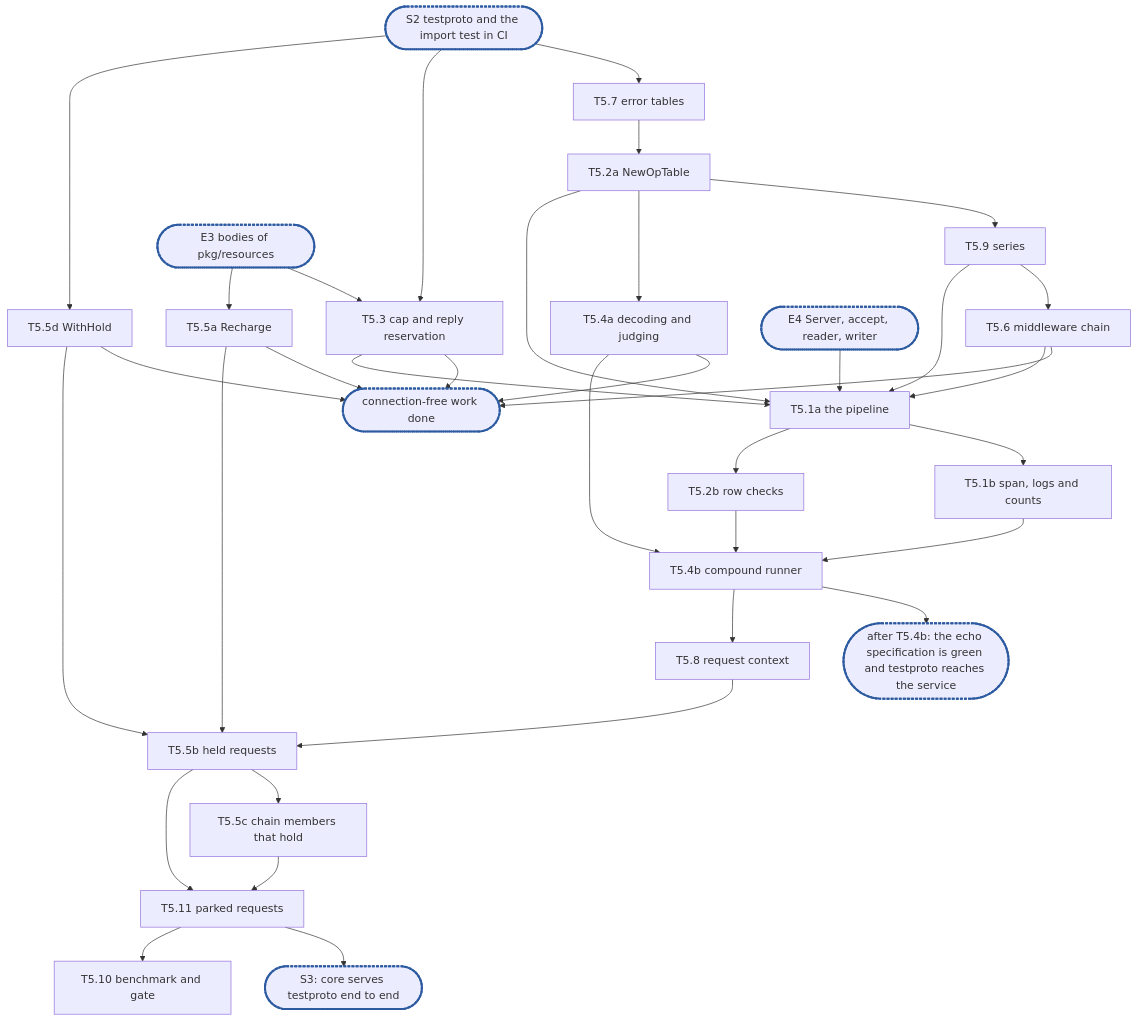
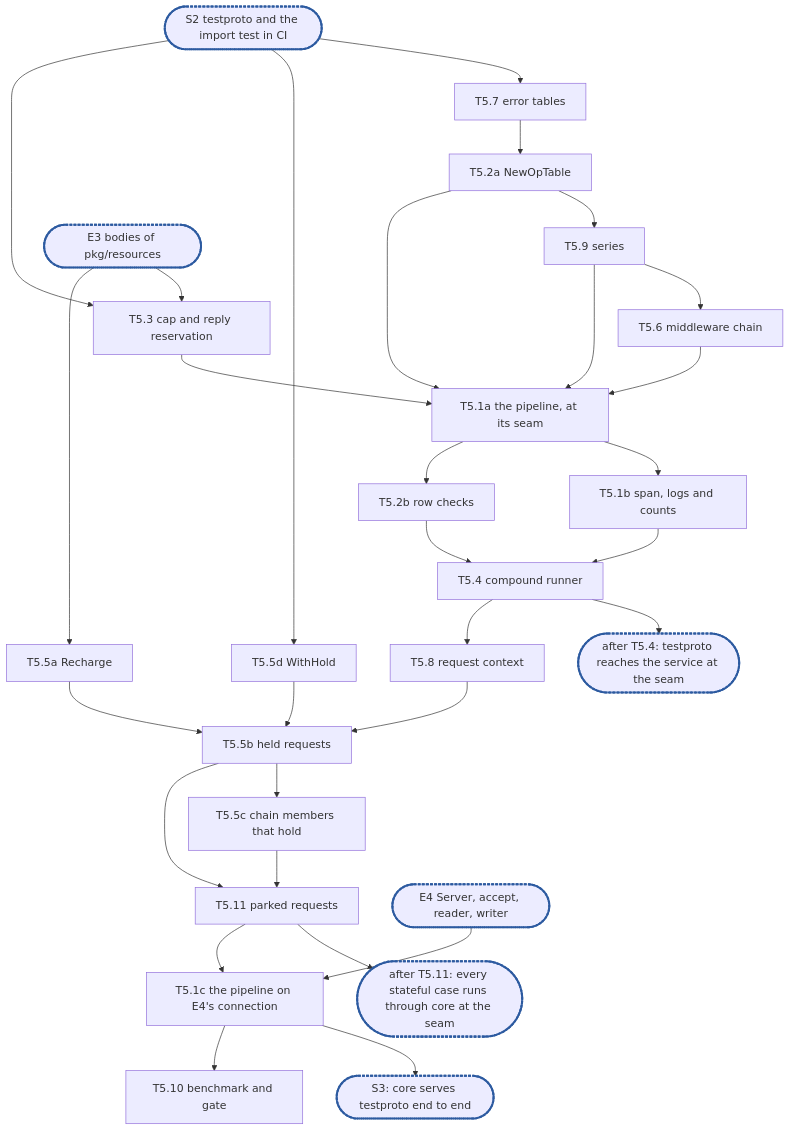
The diagram in docs/internals/planning/rfc-20-adapters-epic5.md (cubbit/dittofs), drawn with Mermaid before and after one commit. The commit also changed other lines of this file and 3 other files, not shown here.

First line of the commit message:
docs(planning): epic 5 folds the architect's answers and the third review

````diff
--- a/docs/internals/planning/rfc-20-adapters-epic5.md
+++ b/docs/internals/planning/rfc-20-adapters-epic5.md
@@ -1282,38 +1482,33 @@
 ```mermaid
 flowchart TD
   S2(["S2 testproto and the import test in CI"]):::sync --> T5_7["T5.7 error tables"]
   T5_7 --> T5_2a["T5.2a NewOpTable"]
   T5_2a --> T5_9["T5.9 series"]
   T5_9 --> T5_6["T5.6 middleware chain"]
+  S2 --> T5_5d["T5.5d WithHold"]
   S2 --> T5_3["T5.3 cap and reply reservation"]
   E3(["E3 bodies of pkg/resources"]):::sync --> T5_3
   E3 --> T5_5a["T5.5a Recharge"]
-  S2 --> T5_5d["T5.5d WithHold"]
-  T5_2a --> T5_4a["T5.4a decoding and judging"]
-  T5_6 --> C0(["connection-free work done"]):::sync
-  T5_3 --> C0
-  T5_5a --> C0
-  T5_5d --> C0
-  T5_4a --> C0
-  E4(["E4 Server, accept, reader, writer"]):::sync --> T5_1a["T5.1a the pipeline"]
-  T5_2a --> T5_1a
+  T5_2a --> T5_1a["T5.1a the pipeline, at its seam"]
   T5_9 --> T5_1a
   T5_6 --> T5_1a
   T5_3 --> T5_1a
   T5_1a --> T5_1b["T5.1b span, logs and counts"]
   T5_1a --> T5_2b["T5.2b row checks"]
-  T5_4a --> T5_4b["T5.4b compound runner"]
-  T5_1b --> T5_4b
-  T5_2b --> T5_4b
-  T5_4b --> C1(["after T5.4b: the echo specification is green and testproto reaches the service"]):::sync
-  T5_4b --> T5_8["T5.8 request context"]
+  T5_1b --> T5_4["T5.4 compound runner"]
+  T5_2b --> T5_4
+  T5_4 --> C1(["after T5.4: testproto reaches the service at the seam"]):::sync
+  T5_4 --> T5_8["T5.8 request context"]
   T5_5a --> T5_5b["T5.5b held requests"]
   T5_5d --> T5_5b
   T5_8 --> T5_5b
   T5_5b --> T5_5c["T5.5c chain members that hold"]
   T5_5b --> T5_11["T5.11 parked requests"]
   T5_5c --> T5_11
-  T5_11 --> C2(["S3: core serves testproto end to end"]):::sync
-  T5_11 --> T5_10["T5.10 benchmark and gate"]
+  T5_11 --> C2(["after T5.11: every stateful case runs through core at the seam"]):::sync
+  E4(["E4 Server, accept, reader, writer"]):::sync --> T5_1c["T5.1c the pipeline on E4's connection"]
+  T5_11 --> T5_1c
+  T5_1c --> C3(["S3: core serves testproto end to end"]):::sync
+  T5_1c --> T5_10["T5.10 benchmark and gate"]
   classDef sync stroke:#2c5aa0,stroke-width:3px,stroke-dasharray:4 2
 ```
````
